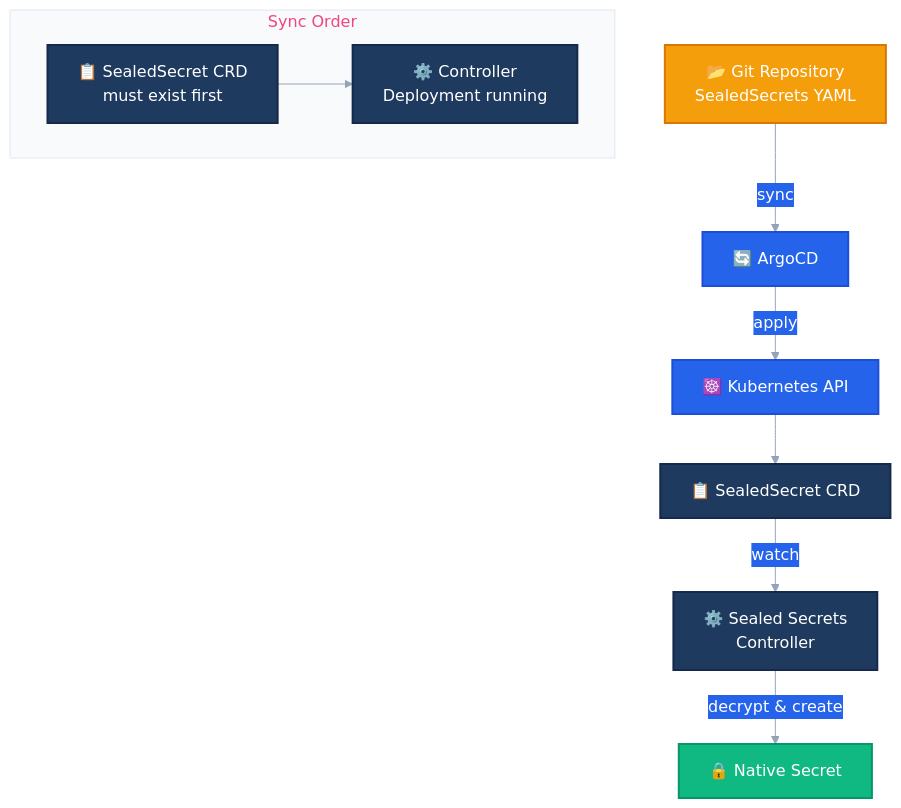
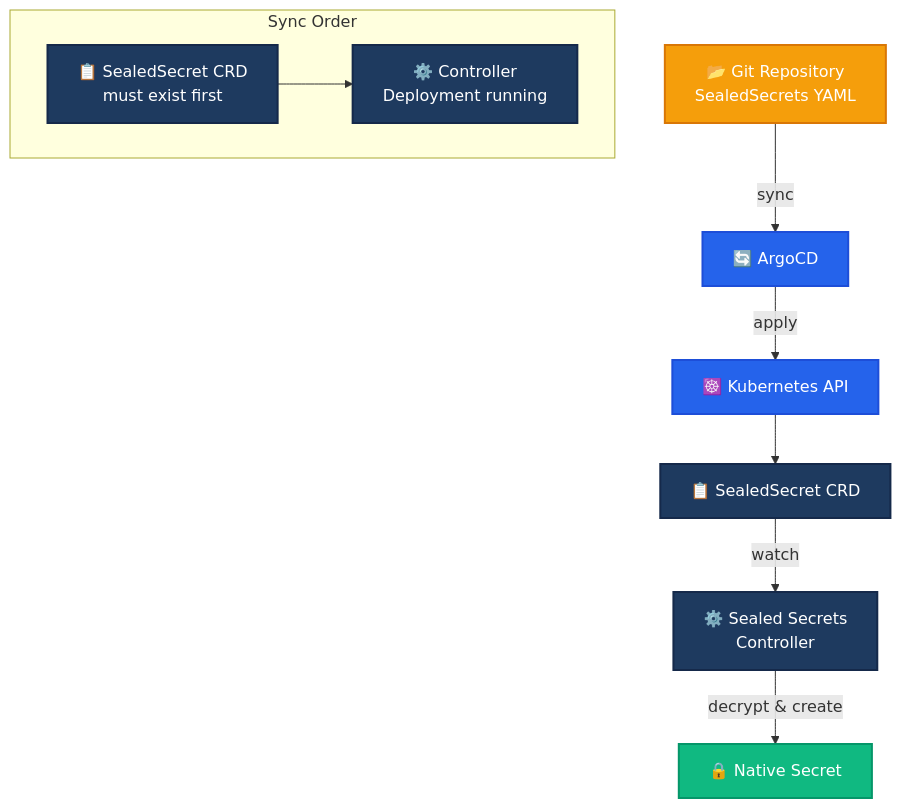
Before and after one commit to Orpere/kind: the sixth of 7 diagrams in secrets-management/sealdsecrets/README.md, drawn with Mermaid. The commit also changed other lines of this file and 7 other files, not shown here.

````diff
--- a/secrets-management/sealdsecrets/README.md
+++ b/secrets-management/sealdsecrets/README.md
@@ -384,35 +453,34 @@
 ```mermaid
-%%{init: {"theme": "base", "themeVariables": {"primaryColor": "#1E3A5F", "primaryTextColor": "#FFFFFF", "primaryBorderColor": "#15294A", "lineColor": "#94A3B8", "secondaryColor": "#2563EB", "tertiaryColor": "#10B981", "clusterBkg": "#F8FAFC", "clusterBorder": "#E2E8F0", "nodeBorder": "#475569", "fontFamily": "system-ui, -apple-system, sans-serif"}}}%%
 graph TB
     GIT[📂 Git Repository<br/>SealedSecrets YAML]
     ARGO[🔄 ArgoCD]
     K8S[☸️ Kubernetes API]
     SS[📋 SealedSecret CRD]
     CTRL[⚙️ Sealed Secrets<br/>Controller]
     SEC[🔒 Native Secret]
 
     GIT -->|"sync"| ARGO
     ARGO -->|"apply"| K8S
     K8S --> SS
     SS -->|"watch"| CTRL
     CTRL -->|"decrypt & create"| SEC
 
     subgraph "Sync Order"
         CRD_INSTALLED[📋 SealedSecret CRD<br/>must exist first]
         CTRL_DEPLOY[⚙️ Controller<br/>Deployment running]
     end
 
     CRD_INSTALLED --> CTRL_DEPLOY
 
     classDef primary fill:#1E3A5F,color:#FFFFFF,stroke:#15294A,stroke-width:2px
     classDef secondary fill:#2563EB,color:#FFFFFF,stroke:#1D4ED8,stroke-width:2px
     classDef success fill:#10B981,color:#FFFFFF,stroke:#059669,stroke-width:2px
     classDef accent fill:#F59E0B,color:#FFFFFF,stroke:#D97706,stroke-width:2px
 
     class GIT accent
     class ARGO secondary
     class SEC success
     class SS,CTRL primary
     class K8S secondary
     class CRD_INSTALLED,CTRL_DEPLOY primary
 ```
````
